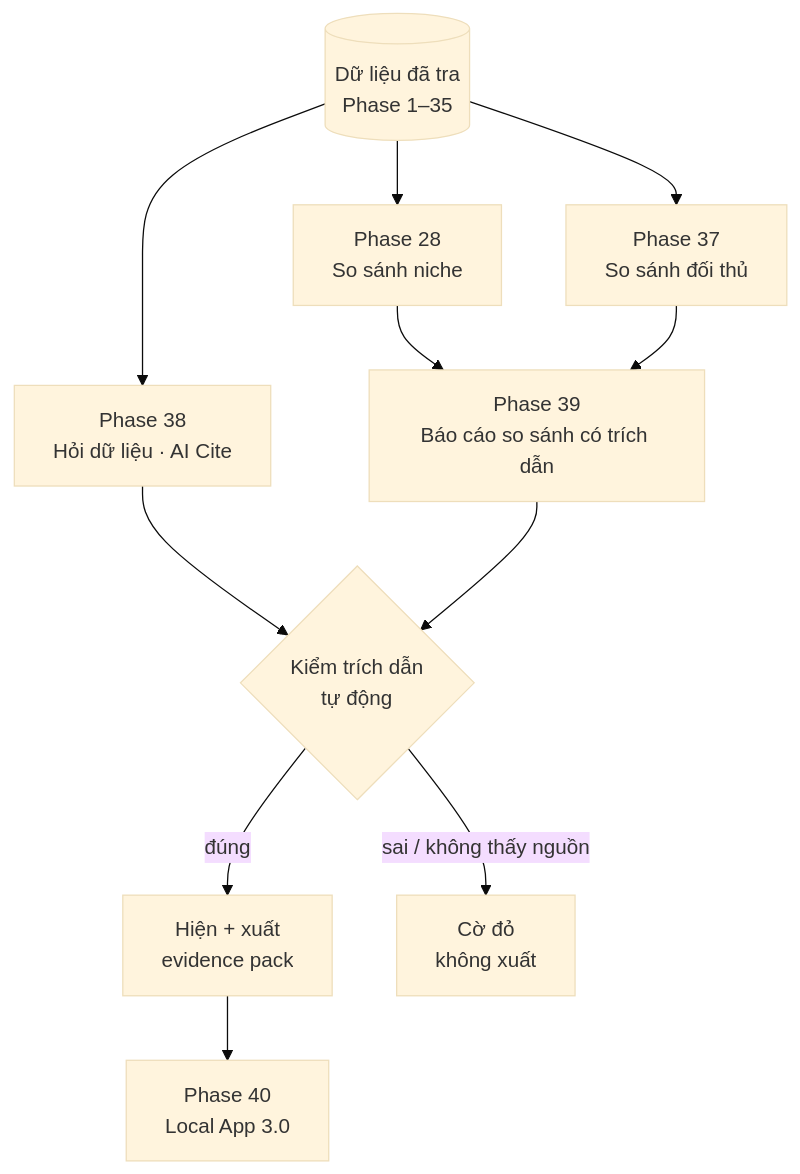
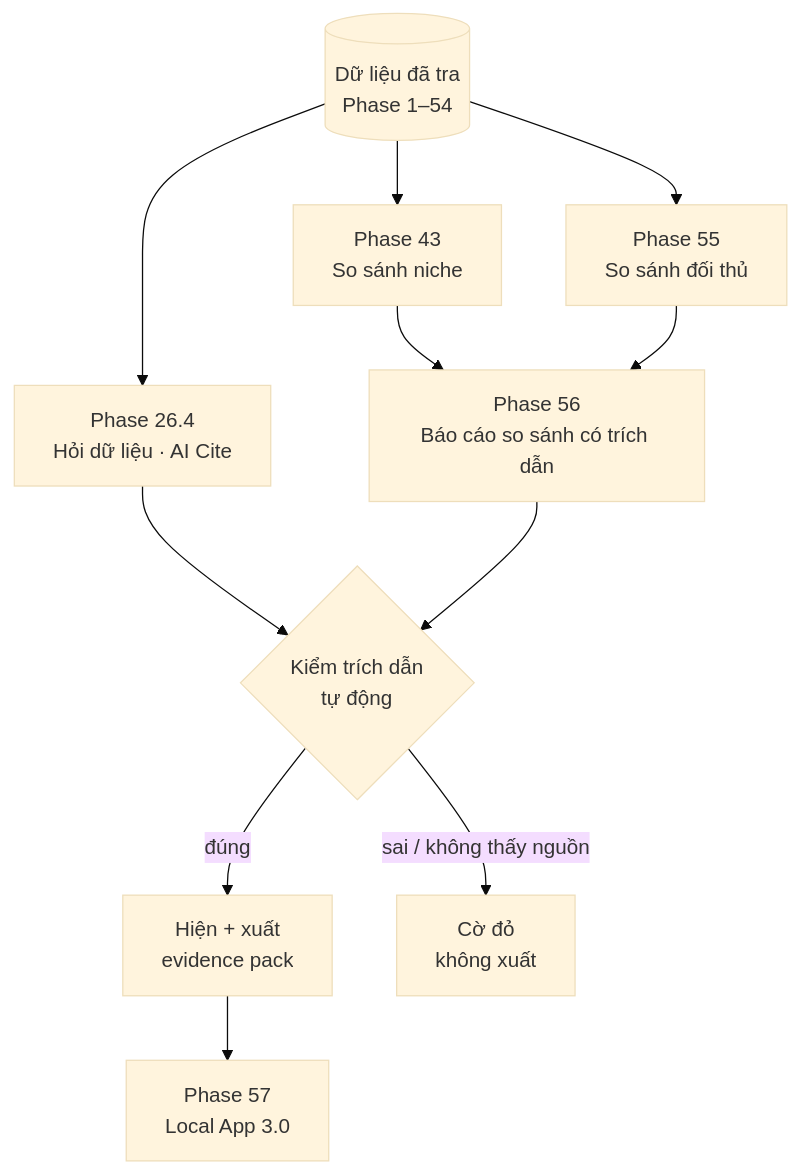
Before and after one commit to nvminhtu/niche-radar-docs: the diagram in docs/web/version-3.md, drawn with Mermaid (base theme). The commit also changed other lines of this file and 474 other files, not shown here.

````diff
--- a/docs/web/version-3.md
+++ b/docs/web/version-3.md
@@ -23,12 +23,12 @@
 ```mermaid
 flowchart TB
-  DB[(Dữ liệu đã tra<br/>Phase 1–35)] --> N[Phase 28<br/>So sánh niche]
-  DB --> C[Phase 37<br/>So sánh đối thủ]
-  DB --> Q[Phase 38<br/>Hỏi dữ liệu · AI Cite]
-  N & C --> R[Phase 39<br/>Báo cáo so sánh có trích dẫn]
+  DB[(Dữ liệu đã tra<br/>Phase 1–54)] --> N[Phase 43<br/>So sánh niche]
+  DB --> C[Phase 55<br/>So sánh đối thủ]
+  DB --> Q[Phase 26.4<br/>Hỏi dữ liệu · AI Cite]
+  N & C --> R[Phase 56<br/>Báo cáo so sánh có trích dẫn]
   Q --> V{Kiểm trích dẫn<br/>tự động}
   R --> V
   V -->|đúng| OK[Hiện + xuất<br/>evidence pack]
   V -->|sai / không thấy nguồn| X[Cờ đỏ<br/>không xuất]
-  OK --> L[Phase 40<br/>Local App 3.0]
+  OK --> L[Phase 57<br/>Local App 3.0]
 ```
````
